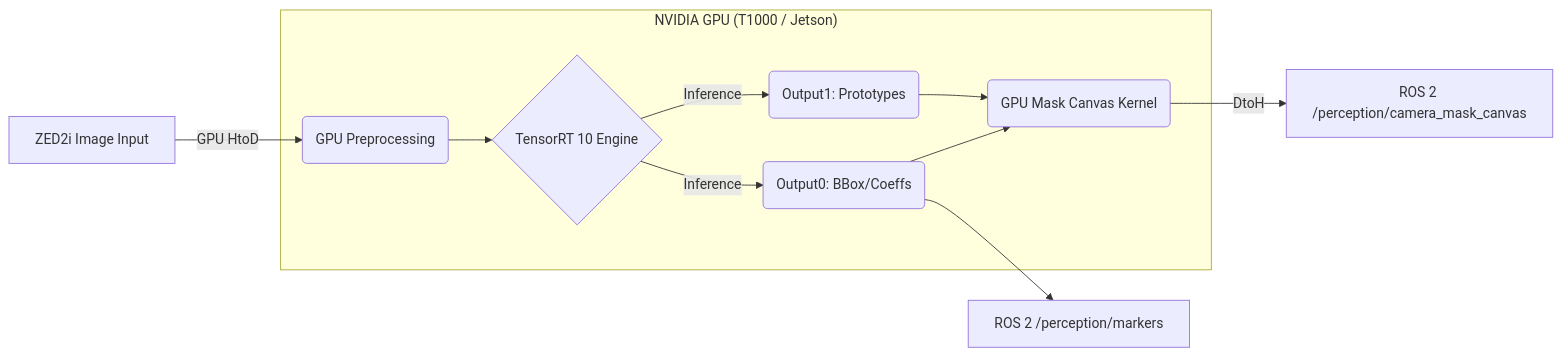
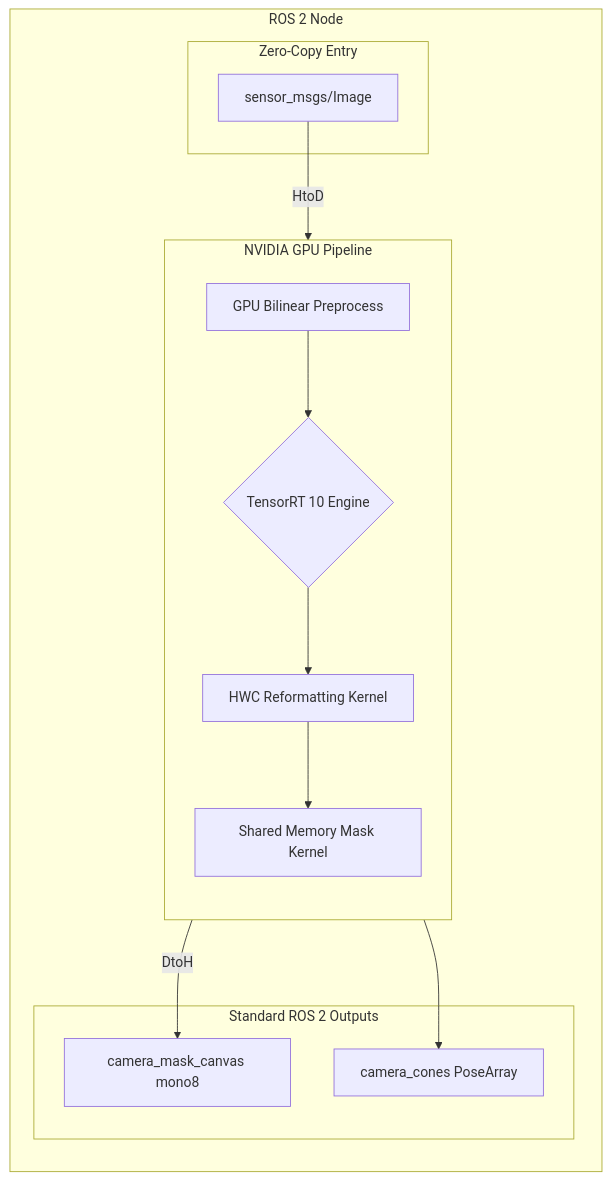
Before and after one commit to lorefargio/Camera_based_Cone_Detection: the first of 3 diagrams in README.md, drawn with Mermaid. The commit also changed other lines of this file and 3 other files, not shown here.

Commit message:
adding cuda graph to ultimate the possible optimization updating readme

````diff
--- a/README.md
+++ b/README.md
@@ -10,18 +9,30 @@
 ```mermaid
-graph LR
-    A[ZED2i Image Input] -->|GPU HtoD| B(GPU Preprocessing)
-    B --> C{TensorRT 10 Engine}
-    C -->|Inference| D(Output0: BBox/Coeffs)
-    C -->|Inference| E(Output1: Prototypes)
-    D & E --> F(GPU Mask Canvas Kernel)
-    F -->|DtoH| G[ROS 2 /perception/camera_mask_canvas]
-    D --> H[ROS 2 /perception/markers]
-    
-    subgraph "NVIDIA GPU (T1000 / Jetson)"
-    B
-    C
-    D
-    E
-    F
+graph TD
+    subgraph "ROS 2 Node"
+        direction TB
+        subgraph "Zero-Copy Entry"
+            IMG[sensor_msgs/Image]
+        end
+
+        subgraph "NVIDIA GPU Pipeline"
+            direction TB
+            PRE[GPU Bilinear Preprocess]
+            TRT{TensorRT 10 Engine}
+            REF[HWC Reformatting Kernel]
+            POST[Shared Memory Mask Kernel]
+            
+            PRE --> TRT
+            TRT --> REF
+            REF --> POST
+        end
+
+        subgraph "Standard ROS 2 Outputs"
+            MC[camera_mask_canvas mono8]
+            CC[camera_cones PoseArray]
+        end
+        
+        IMG -->|HtoD| PRE
+        POST -->|DtoH| MC
+        TRT --> CC
     end
 ```
````
